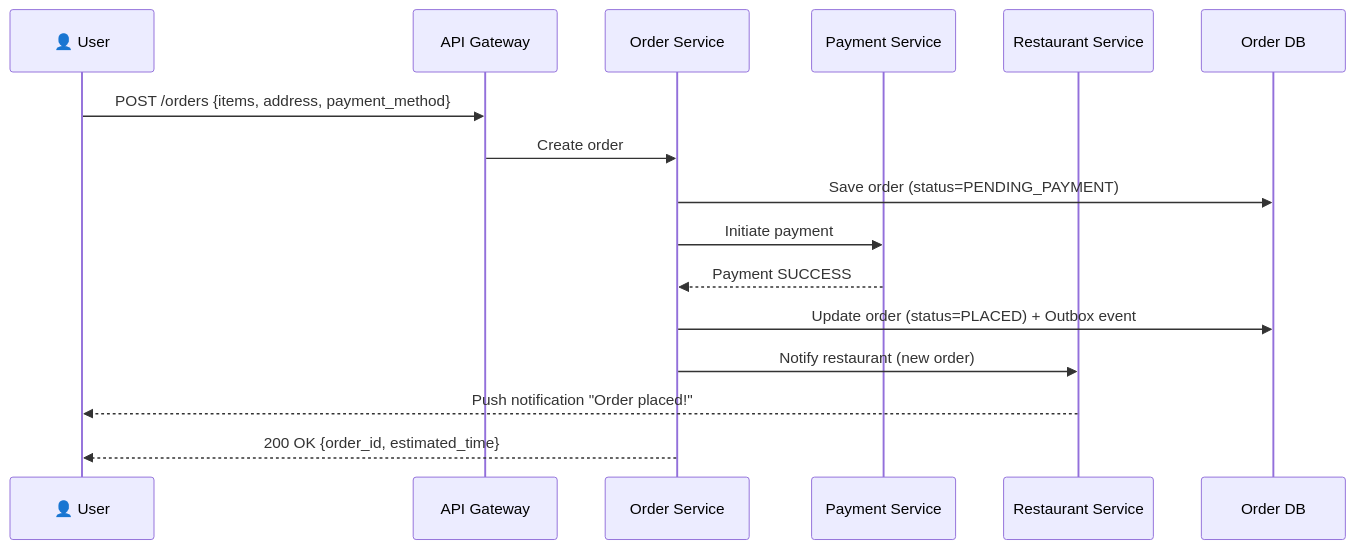
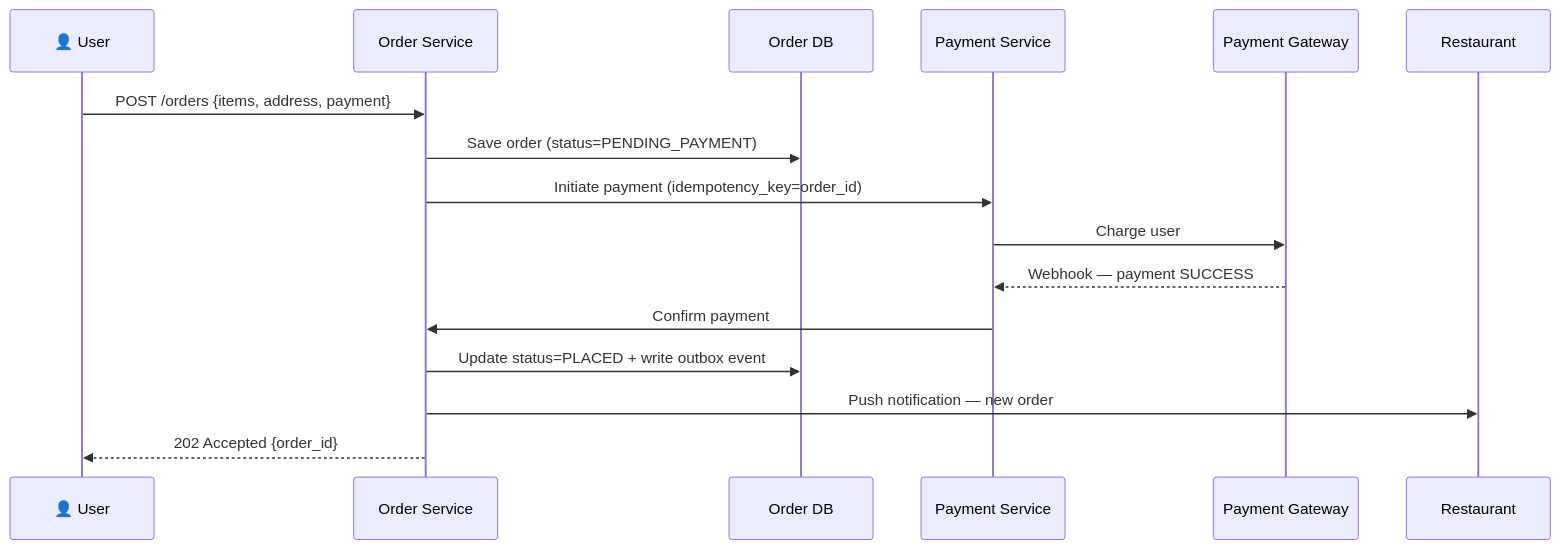
The third of 8 diagrams in SYSTEM_DESIGN/Food Delivery System.md (gajwala/DSA-Topic-wise), drawn with Mermaid before and after one commit. The commit also changed other lines of this file, not shown here.

````diff
--- a/SYSTEM_DESIGN/Food Delivery System.md
+++ b/SYSTEM_DESIGN/Food Delivery System.md
@@ -174,19 +157,19 @@
 ```mermaid
 sequenceDiagram
     participant U as 👤 User
-    participant GW as API Gateway
     participant OS as Order Service
+    participant DB as Order DB
     participant PS as Payment Service
-    participant RS as Restaurant Service
-    participant DB as Order DB
+    participant PG as Payment Gateway
+    participant RS as Restaurant
 
-    U->>GW: POST /orders {items, address, payment_method}
-    GW->>OS: Create order
+    U->>OS: POST /orders {items, address, payment}
     OS->>DB: Save order (status=PENDING_PAYMENT)
-    OS->>PS: Initiate payment
-    PS-->>OS: Payment SUCCESS
-    OS->>DB: Update order (status=PLACED) + Outbox event
-    OS->>RS: Notify restaurant (new order)
-    RS-->>U: Push notification "Order placed!"
-    OS-->>U: 200 OK {order_id, estimated_time}
+    OS->>PS: Initiate payment (idempotency_key=order_id)
+    PS->>PG: Charge user
+    PG-->>PS: Webhook — payment SUCCESS
+    PS->>OS: Confirm payment
+    OS->>DB: Update status=PLACED + write outbox event
+    OS->>RS: Push notification — new order
+    OS-->>U: 202 Accepted {order_id}
 ```
````
